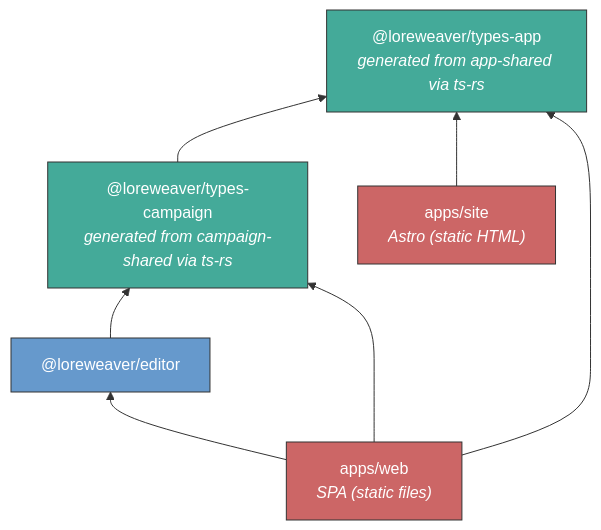
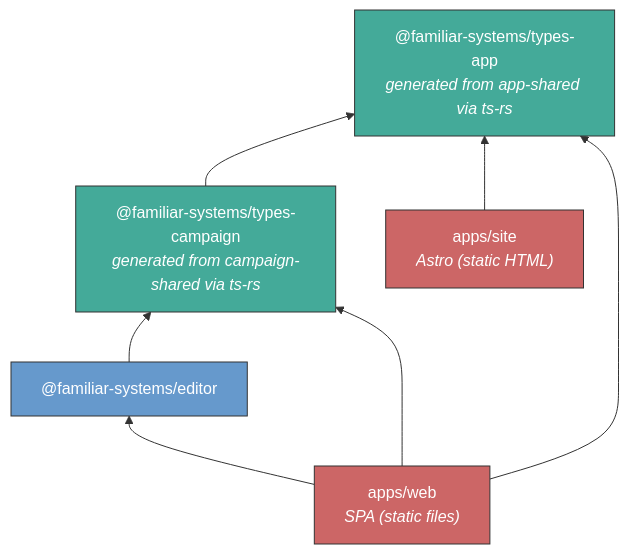
Before and after one commit to familiar-systems/familiar: the diagram in docs/plans/2026-03-26-project-structure-design.md, drawn with Mermaid. The commit also changed other lines of this file and 53 other files, not shown here.

Commit message:
Rename packages and docstrings to familiar.systems from loreweaver.no

````diff
--- a/docs/plans/2026-03-26-project-structure-design.md
+++ b/docs/plans/2026-03-26-project-structure-design.md
@@ -119,20 +119,20 @@
 ```mermaid
 graph BT
-    types-app["@loreweaver/types-app<br/><i>generated from app-shared via ts-rs</i>"]
+    types-app["@familiar-systems/types-app<br/><i>generated from app-shared via ts-rs</i>"]
 
-    types-campaign["@loreweaver/types-campaign<br/><i>generated from campaign-shared via ts-rs</i>"] --> types-app
+    types-campaign["@familiar-systems/types-campaign<br/><i>generated from campaign-shared via ts-rs</i>"] --> types-app
 
-    editor["@loreweaver/editor"] --> types-campaign
+    editor["@familiar-systems/editor"] --> types-campaign
 
     site["apps/site<br/><i>Astro (static HTML)</i>"] --> types-app
 
     web["apps/web<br/><i>SPA (static files)</i>"] --> types-app
     web --> types-campaign
     web --> editor
 
     style types-app fill:#4a9,stroke:#333,color:#fff
     style types-campaign fill:#4a9,stroke:#333,color:#fff
     style editor fill:#69c,stroke:#333,color:#fff
     style site fill:#c66,stroke:#333,color:#fff
     style web fill:#c66,stroke:#333,color:#fff
 ```
````
